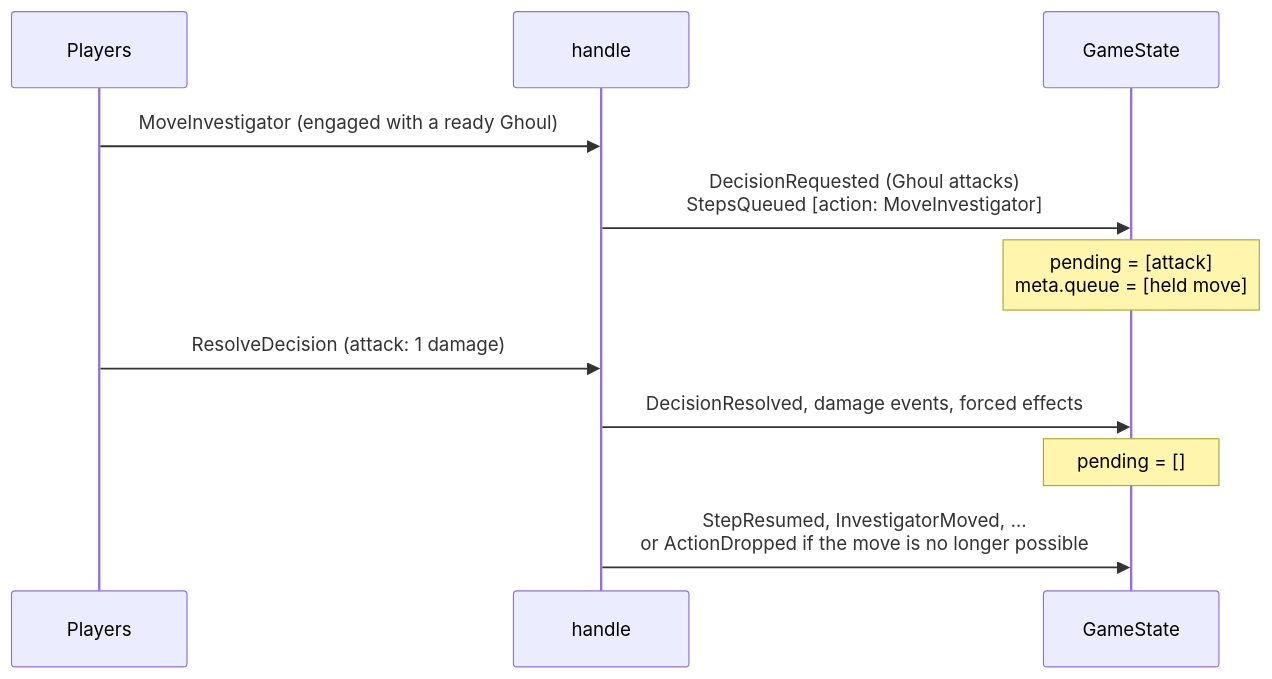
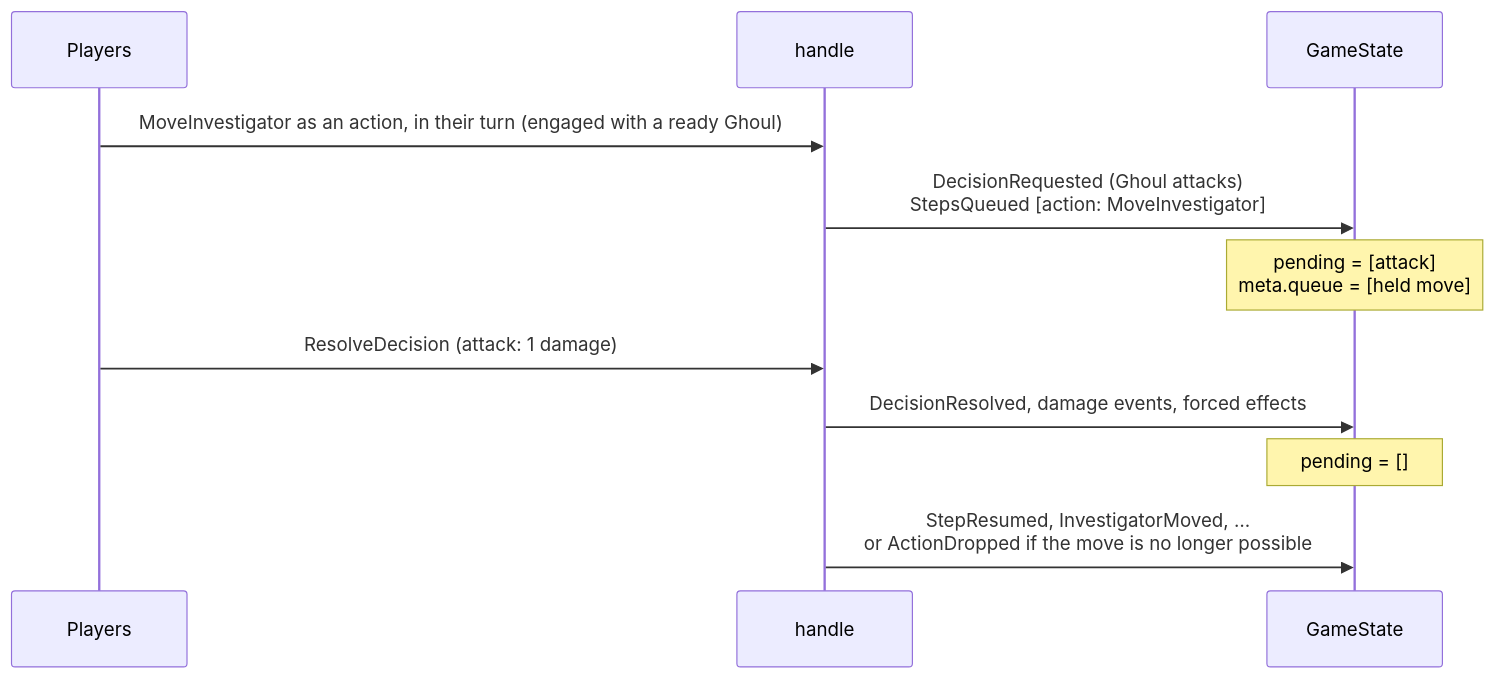
The sixth of 6 diagrams in docs/architecture.md (macandy13/arkham-companion), drawn with Mermaid before and after one commit. The commit also changed other lines of this file and 2 other files, not shown here.

````diff
--- a/docs/architecture.md
+++ b/docs/architecture.md
@@ -174,13 +177,13 @@
 ```mermaid
 sequenceDiagram
   participant P as Players
   participant H as handle
   participant S as GameState
-  P->>H: MoveInvestigator (engaged with a ready Ghoul)
+  P->>H: MoveInvestigator as an action, in their turn (engaged with a ready Ghoul)
   H->>S: DecisionRequested (Ghoul attacks)<br/>StepsQueued [action: MoveInvestigator]
   Note over S: pending = [attack]<br/>meta.queue = [held move]
   P->>H: ResolveDecision (attack: 1 damage)
   H->>S: DecisionResolved, damage events, forced effects
   Note over S: pending = []
   H->>S: StepResumed, InvestigatorMoved, …<br/>or ActionDropped if the move is no longer possible
 ```
````
